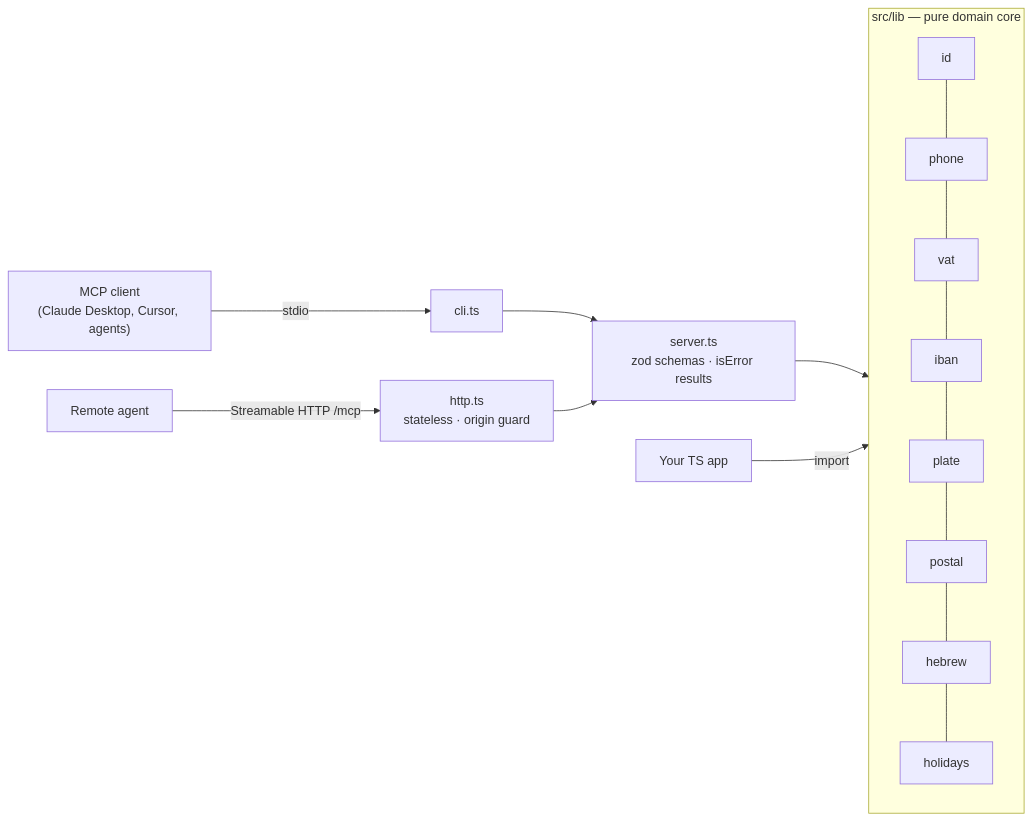
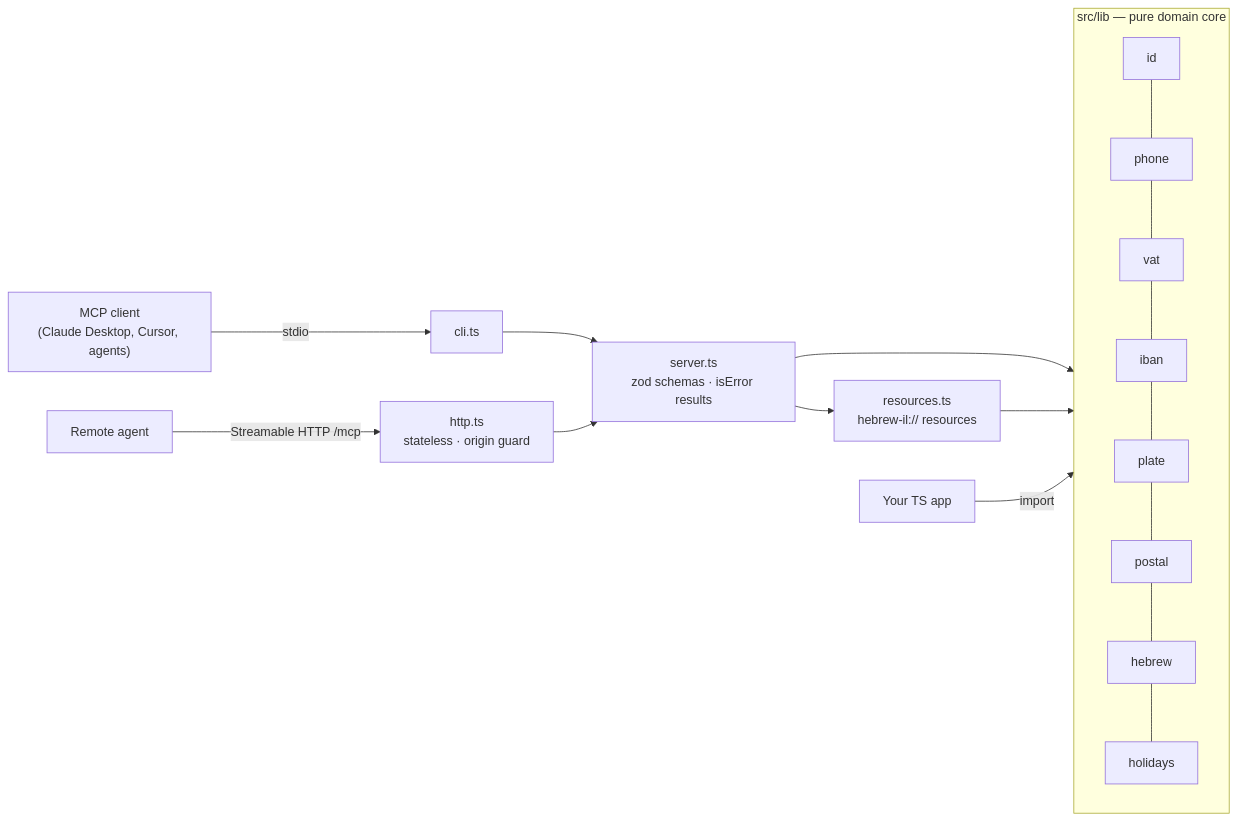
Before and after one commit to Shtibel1/hebrew-il-mcp: the diagram in README.md, drawn with Mermaid. The commit also changed other lines of this file and 9 other files, not shown here.

````diff
--- a/README.md
+++ b/README.md
@@ -95,12 +109,14 @@
 ```mermaid
 flowchart LR
   C["MCP client<br/>(Claude Desktop, Cursor, agents)"] -- stdio --> CLI[cli.ts]
   R["Remote agent"] -- "Streamable HTTP /mcp" --> HTTP["http.ts<br/>stateless · origin guard"]
   CLI --> S
   HTTP --> S["server.ts<br/>zod schemas · isError results"]
+  S --> RS["resources.ts<br/>hebrew-il:// resources"]
   S --> L
+  RS --> L
   subgraph L["src/lib — pure domain core"]
     ID[id] --- PH[phone] --- VAT[vat] --- IB[iban] --- PL[plate] --- PO[postal] --- HE[hebrew] --- HO[holidays]
   end
   APP["Your TS app"] -- import --> L
 ```
````
